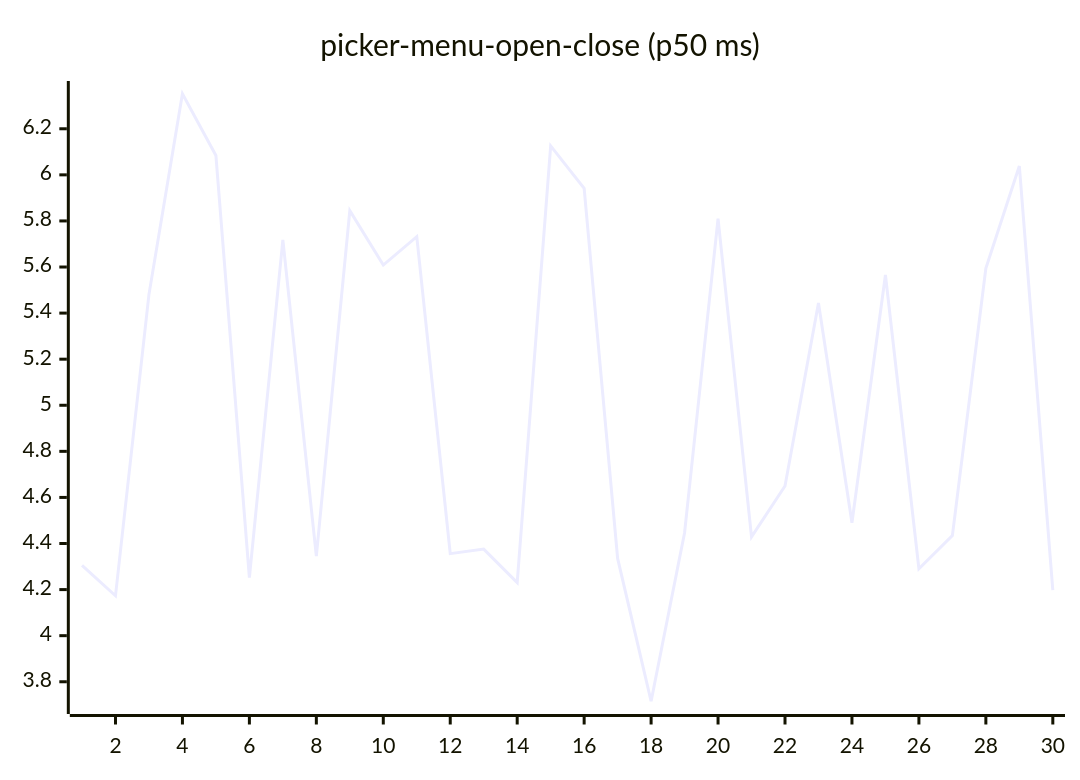
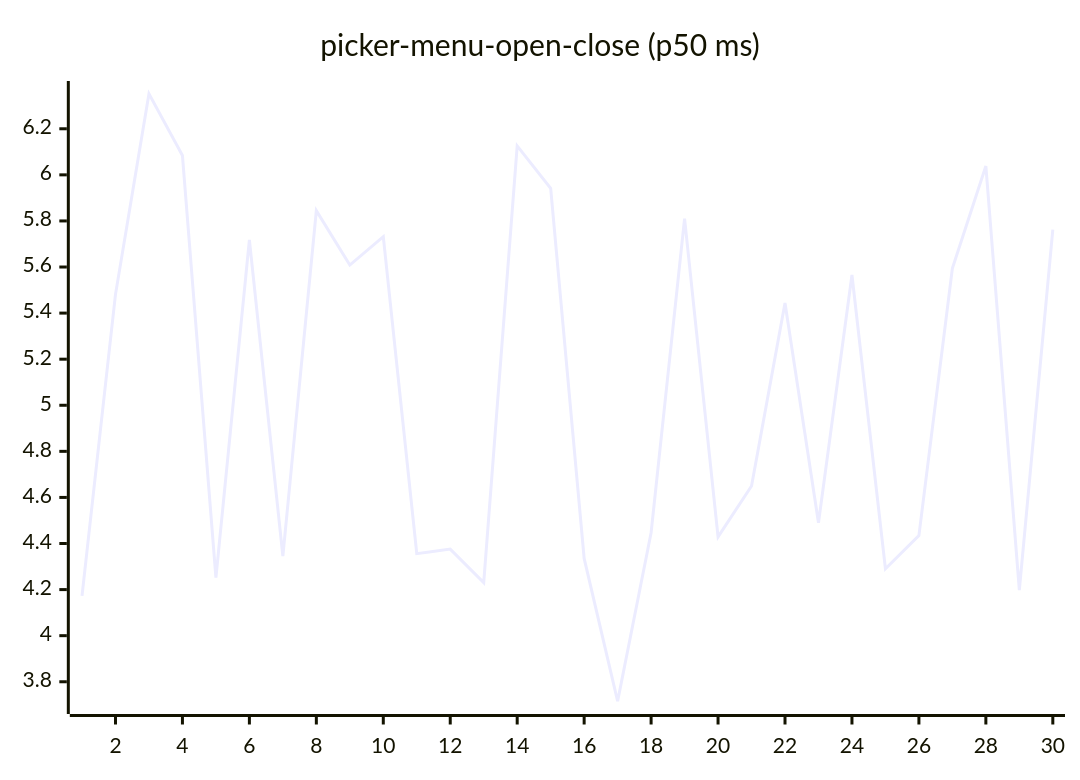
One commit to josha/Facet changed diagram 16 of 27 in README.md. Above: the diagram before and after it, drawn with Mermaid. The commit also changed other lines of this file and 2 other files, not shown here.

````diff
--- a/README.md
+++ b/README.md
@@ -168,6 +168,6 @@
 ```mermaid
 xychart-beta
     title "picker-menu-open-close (p50 ms)"
     x-axis 1 --> 30
-    line [4.3049, 4.1731, 5.4814, 6.3520, 6.0839, 4.2522, 5.7175, 4.3452, 5.8449, 5.6085, 5.7317, 4.3559, 4.3756, 4.2307, 6.1258, 5.9413, 4.3353, 3.7154, 4.4466, 5.8101, 4.4287, 4.6495, 5.4442, 4.4899, 5.5654, 4.2905, 4.4342, 5.5941, 6.0384, 4.1981]
+    line [4.1731, 5.4814, 6.3520, 6.0839, 4.2522, 5.7175, 4.3452, 5.8449, 5.6085, 5.7317, 4.3559, 4.3756, 4.2307, 6.1258, 5.9413, 4.3353, 3.7154, 4.4466, 5.8101, 4.4287, 4.6495, 5.4442, 4.4899, 5.5654, 4.2905, 4.4342, 5.5941, 6.0384, 4.1981, 5.7619]
 ```
````
